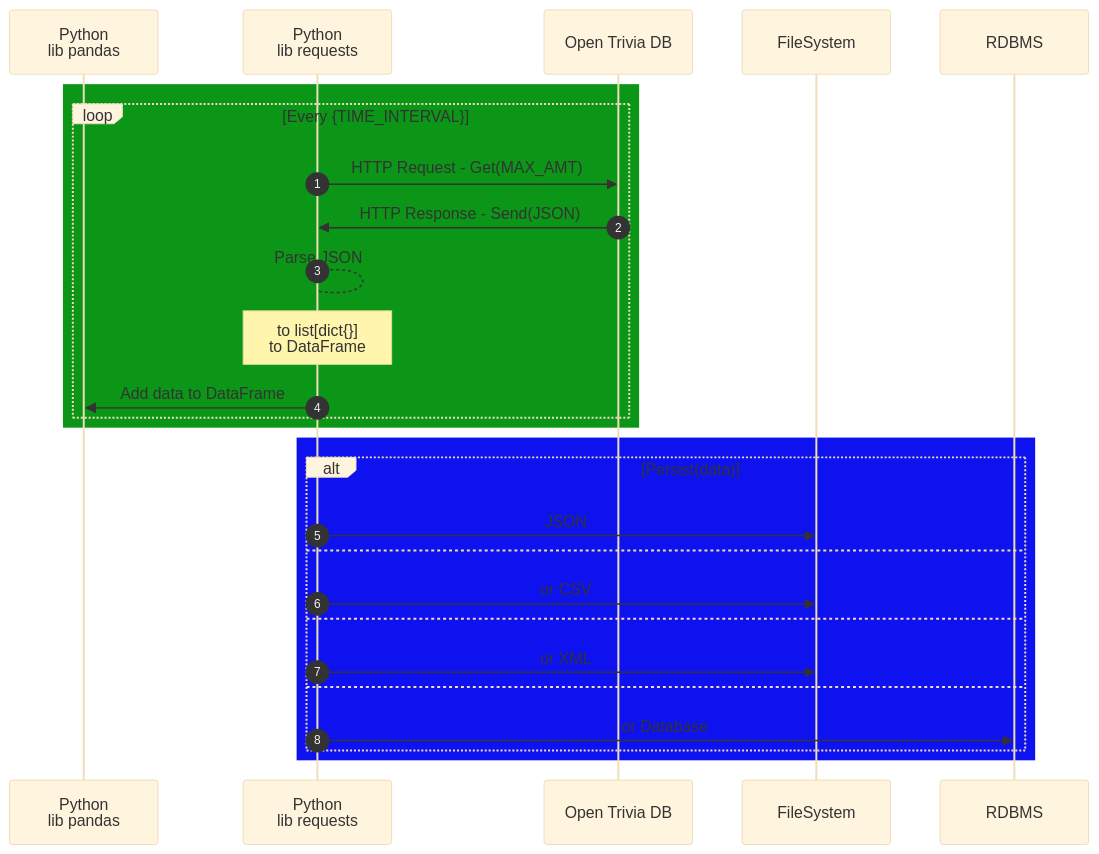
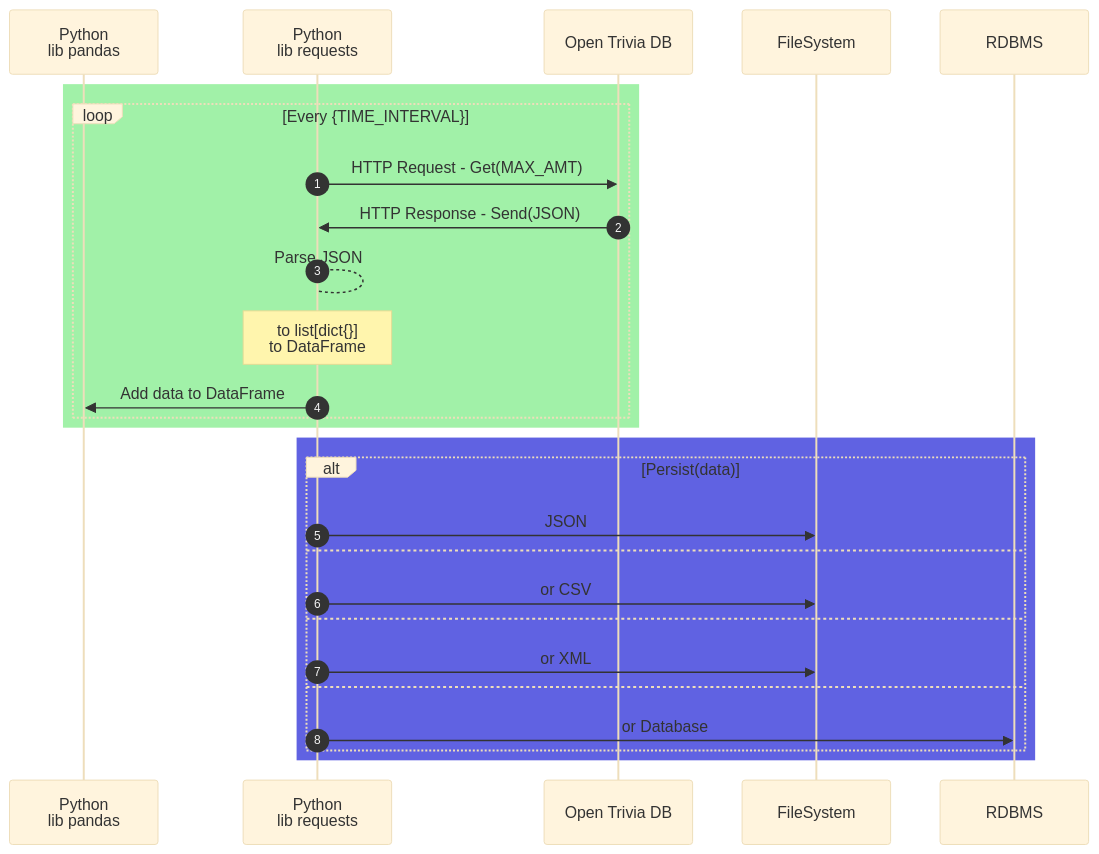
Before and after one commit to nevsglueckauf/pyquiz: the diagram in doq/scraper_doc.md, drawn with Mermaid (base theme).

Commit message:
Aktualisierung Dokumentation

````diff
--- a/doq/scraper_doc.md
+++ b/doq/scraper_doc.md
@@ -3,29 +3,29 @@
 ```mermaid
 sequenceDiagram
     autonumber
     participant pd as Python<br/>lib pandas
     participant Py as Python<br/>lib requests
     participant Api as Open Trivia DB
-    rect rgb(12, 150, 23)
+    rect rgb(161, 241, 168)
         loop Every {TIME_INTERVAL}
             
             Py->>Api: HTTP Request - Get(MAX_AMT)
             Api->>Py: HTTP Response - Send(JSON)
             Py-->Py: Parse JSON
             note over Py: to list[dict{}]<br/>to DataFrame
             Py->>pd: Add data to DataFrame
         end
     end
-    rect rgb(13, 18, 239)
+    rect rgb(96, 98, 226)
         alt Persist(data)
             Py->>FileSystem: JSON 
         else 
             Py->>FileSystem: or CSV 
         else 
             Py->>FileSystem: or XML 
         else 
             Py->>RDBMS: or Database 
         end
     end
 
 ```
````
